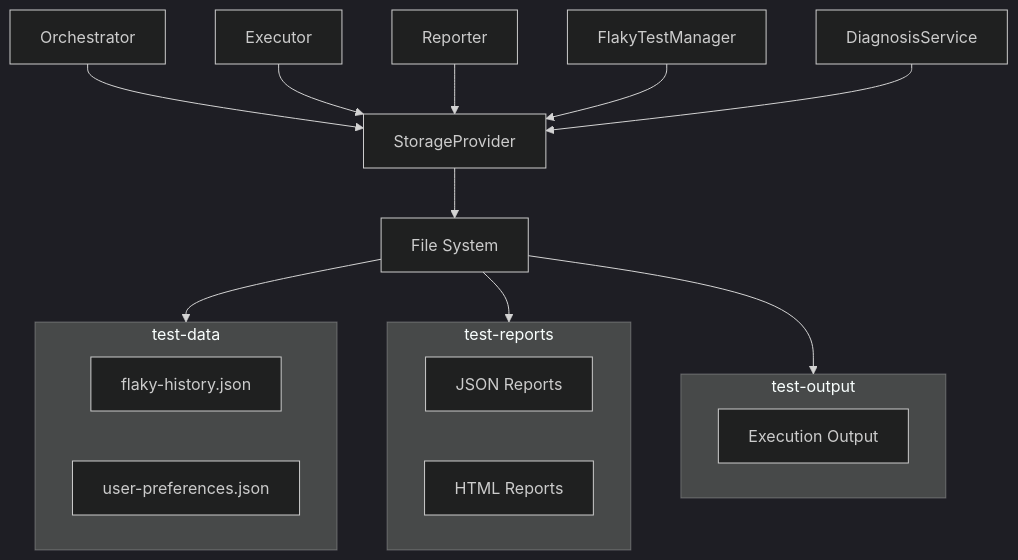
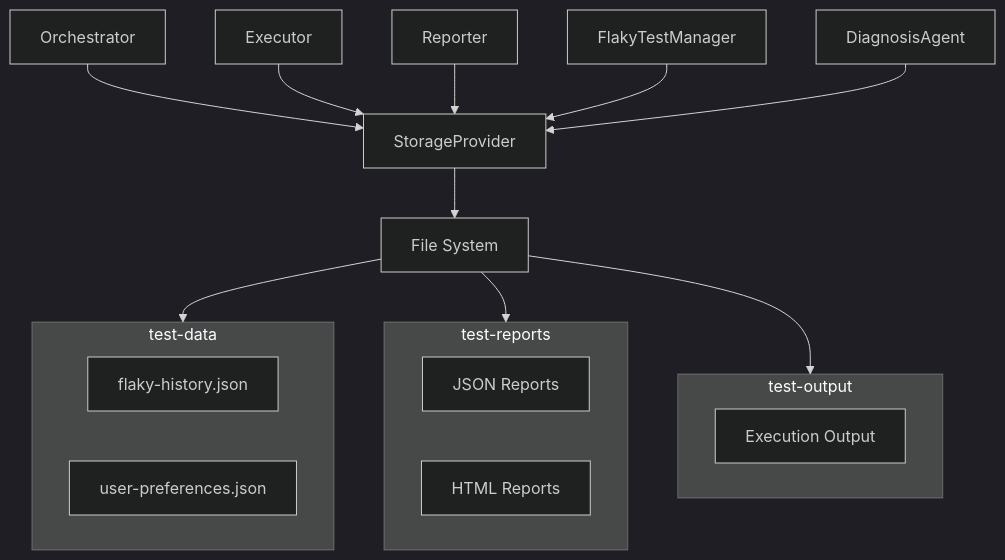
One commit to yuandiv/yuantest-playwright changed the fourth of 4 diagrams in documentation/architecture.md. Above: the diagram before and after it, drawn with Mermaid (dark theme). The commit also changed other lines of this file and 7 other files, not shown here.

````diff
--- a/documentation/architecture.md
+++ b/documentation/architecture.md
@@ -343,28 +350,28 @@
 ```mermaid
 flowchart TB
     ORC[Orchestrator] --> STO[StorageProvider]
     EXE[Executor] --> STO
     RPT[Reporter] --> STO
     FTM[FlakyTestManager] --> STO
-    DIA[DiagnosisService] --> STO
+    DIA[DiagnosisAgent] --> STO
 
     STO --> FS[File System]
 
     subgraph test-data
         FH[flaky-history.json]
         UP[user-preferences.json]
     end
 
     subgraph test-reports
         JR[JSON Reports]
         HR[HTML Reports]
     end
 
     subgraph test-output
         TO[Execution Output]
     end
 
     FS --> test-data
     FS --> test-reports
     FS --> test-output
 ```
````
